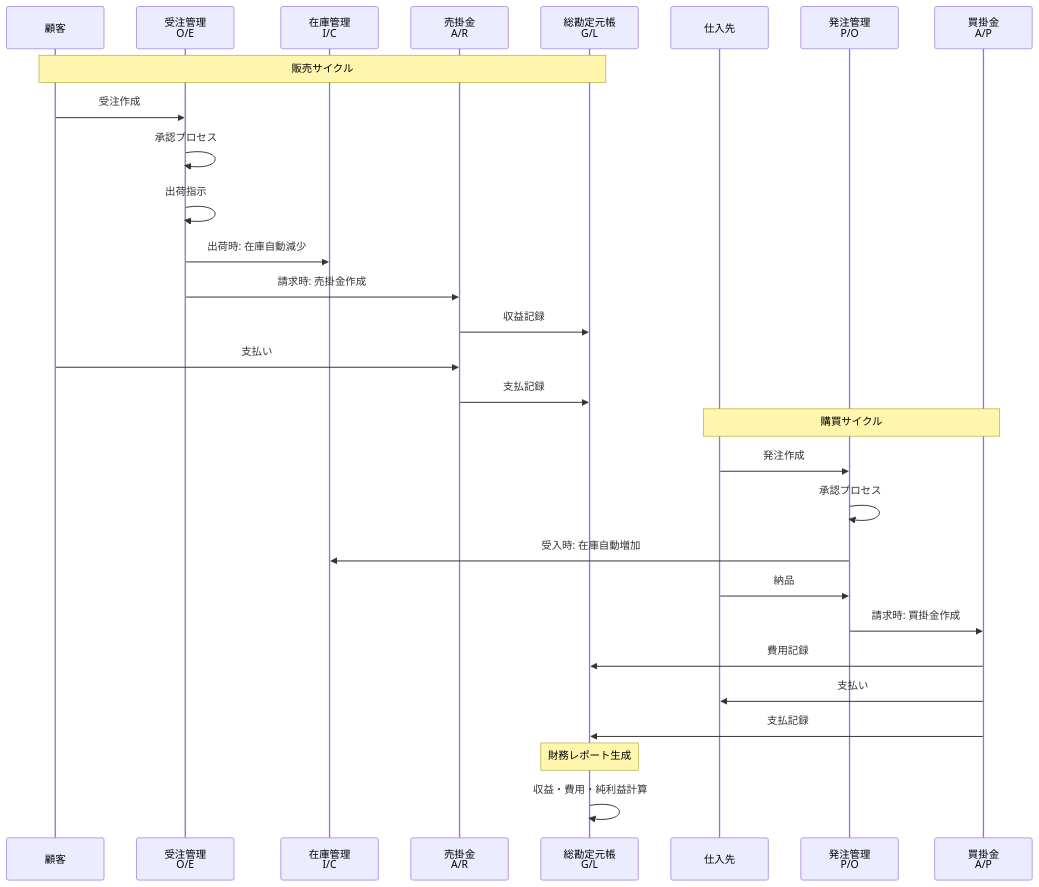
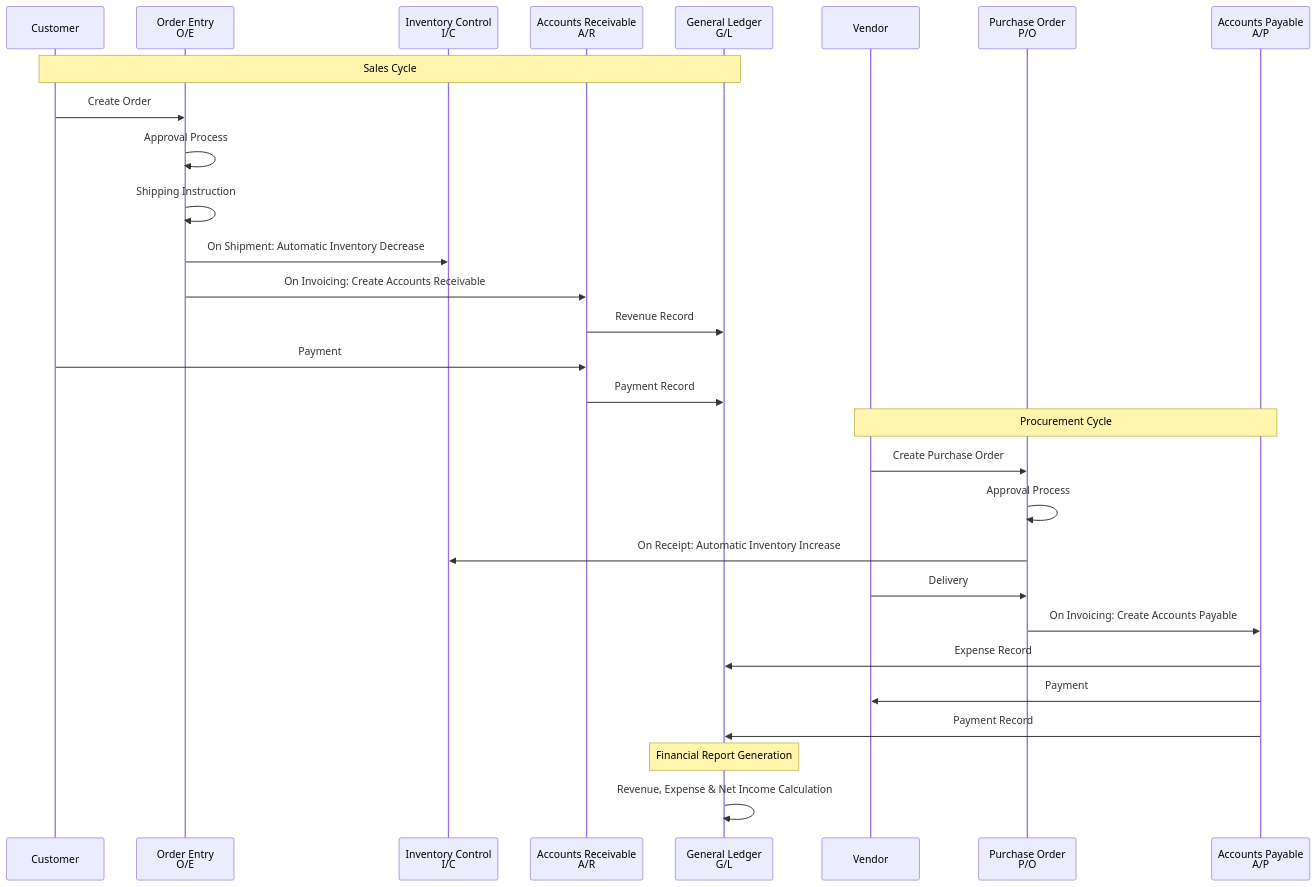
Before and after one commit to HankTk/app-erp: the second of 7 diagrams in ERP_MODULE_DIAGRAM.md, drawn with Mermaid. The commit also changed other lines of this file and 5 other files, not shown here.

````diff
--- a/ERP_MODULE_DIAGRAM.md
+++ b/ERP_MODULE_DIAGRAM.md
@@ -109,35 +109,35 @@
 ```mermaid
 sequenceDiagram
-    participant Customer as 顧客
-    participant OE as 受注管理<br/>O/E
-    participant IC as 在庫管理<br/>I/C
-    participant AR as 売掛金<br/>A/R
-    participant GL as 総勘定元帳<br/>G/L
+    participant Customer as Customer
+    participant OE as Order Entry<br/>O/E
+    participant IC as Inventory Control<br/>I/C
+    participant AR as Accounts Receivable<br/>A/R
+    participant GL as General Ledger<br/>G/L
 
-    participant Vendor as 仕入先
-    participant PO as 発注管理<br/>P/O
-    participant AP as 買掛金<br/>A/P
+    participant Vendor as Vendor
+    participant PO as Purchase Order<br/>P/O
+    participant AP as Accounts Payable<br/>A/P
 
-    Note over Customer,GL: 販売サイクル
-    Customer->>OE: 受注作成
-    OE->>OE: 承認プロセス
-    OE->>OE: 出荷指示
-    OE->>IC: 出荷時: 在庫自動減少
-    OE->>AR: 請求時: 売掛金作成
-    AR->>GL: 収益記録
-    Customer->>AR: 支払い
-    AR->>GL: 支払記録
+    Note over Customer,GL: Sales Cycle
+    Customer->>OE: Create Order
+    OE->>OE: Approval Process
+    OE->>OE: Shipping Instruction
+    OE->>IC: On Shipment: Automatic Inventory Decrease
+    OE->>AR: On Invoicing: Create Accounts Receivable
+    AR->>GL: Revenue Record
+    Customer->>AR: Payment
+    AR->>GL: Payment Record
 
-    Note over Vendor,AP: 購買サイクル
-    Vendor->>PO: 発注作成
-    PO->>PO: 承認プロセス
-    PO->>IC: 受入時: 在庫自動増加
-    Vendor->>PO: 納品
-    PO->>AP: 請求時: 買掛金作成
-    AP->>GL: 費用記録
-    AP->>Vendor: 支払い
-    AP->>GL: 支払記録
+    Note over Vendor,AP: Procurement Cycle
+    Vendor->>PO: Create Purchase Order
+    PO->>PO: Approval Process
+    PO->>IC: On Receipt: Automatic Inventory Increase
+    Vendor->>PO: Delivery
+    PO->>AP: On Invoicing: Create Accounts Payable
+    AP->>GL: Expense Record
+    AP->>Vendor: Payment
+    AP->>GL: Payment Record
 
-    Note over GL: 財務レポート生成
-    GL->>GL: 収益・費用・純利益計算
+    Note over GL: Financial Report Generation
+    GL->>GL: Revenue, Expense & Net Income Calculation
 ```
````
